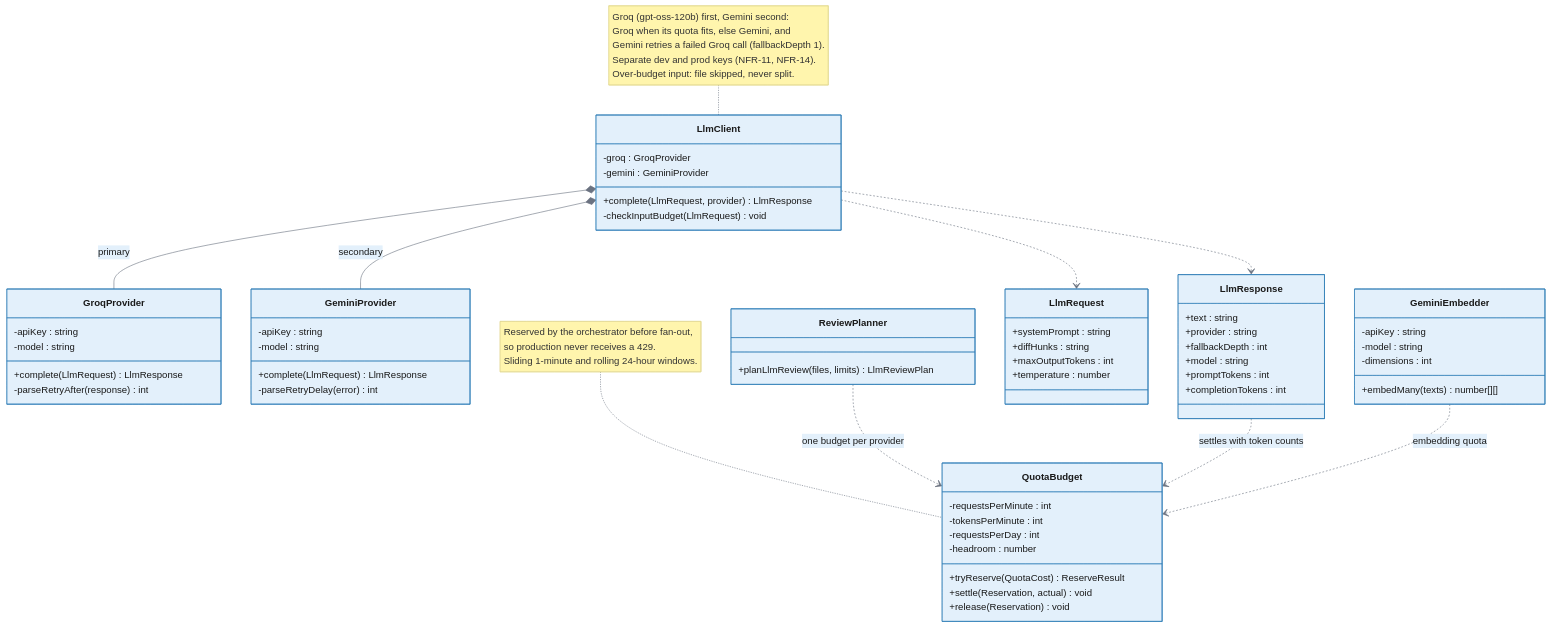
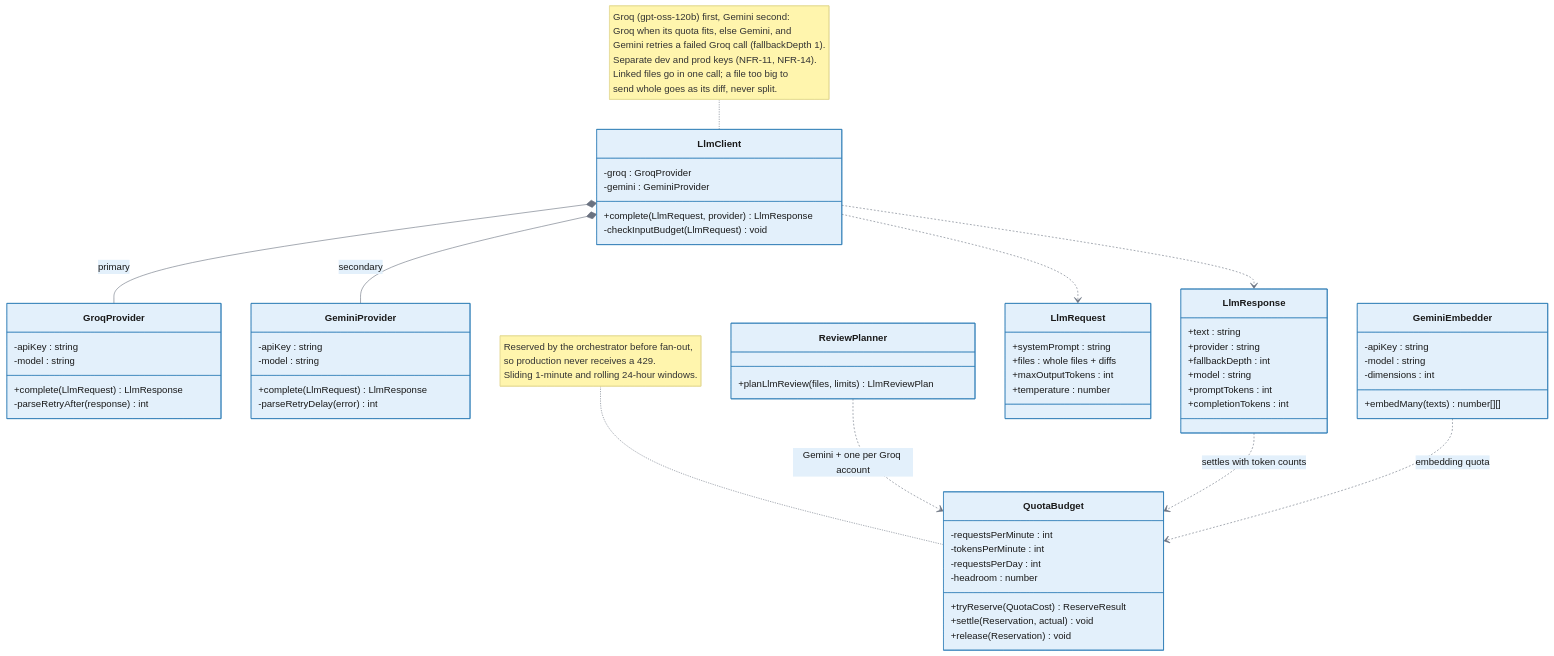
The diagram in docs/design/diagrams/mermaid/class_llm.mmd (sumit-0804/CodeSentinel), drawn with Mermaid before and after one commit. The commit also changed 14 other files, not shown here.

```diff
--- a/docs/design/diagrams/mermaid/class_llm.mmd
+++ b/docs/design/diagrams/mermaid/class_llm.mmd
@@ -1,72 +1,72 @@
 %%{init: {"theme":"base","themeVariables":{"primaryColor":"#e3f0fb","primaryBorderColor":"#2f7fb8","lineColor":"#6b7280","primaryTextColor":"#1a1a1a"}} }%%
 classDiagram
     direction TB
 
     class LlmClient {
         -groq : GroqProvider
         -gemini : GeminiProvider
         +complete(LlmRequest, provider) LlmResponse
         -checkInputBudget(LlmRequest) void
     }
 
     class GroqProvider {
         -apiKey : string
         -model : string
         +complete(LlmRequest) LlmResponse
         -parseRetryAfter(response) int
     }
 
     class GeminiProvider {
         -apiKey : string
         -model : string
         +complete(LlmRequest) LlmResponse
         -parseRetryDelay(error) int
     }
 
     class GeminiEmbedder {
         -apiKey : string
         -model : string
         -dimensions : int
         +embedMany(texts) number[][]
     }
 
     class QuotaBudget {
         -requestsPerMinute : int
         -tokensPerMinute : int
         -requestsPerDay : int
         -headroom : number
         +tryReserve(QuotaCost) ReserveResult
         +settle(Reservation, actual) void
         +release(Reservation) void
     }
 
     class ReviewPlanner {
         +planLlmReview(files, limits) LlmReviewPlan
     }
 
     class LlmRequest {
         +systemPrompt : string
-        +diffHunks : string
+        +files : whole files + diffs
         +maxOutputTokens : int
         +temperature : number
     }
 
     class LlmResponse {
         +text : string
         +provider : string
         +fallbackDepth : int
         +model : string
         +promptTokens : int
         +completionTokens : int
     }
 
     LlmClient *-- GroqProvider : primary
     LlmClient *-- GeminiProvider : secondary
     LlmClient ..> LlmRequest
     LlmClient ..> LlmResponse
-    ReviewPlanner ..> QuotaBudget : one budget per provider
+    ReviewPlanner ..> QuotaBudget : Gemini + one per Groq account
     LlmResponse ..> QuotaBudget : settles with token counts
     GeminiEmbedder ..> QuotaBudget : embedding quota
 
-    note for LlmClient "Groq (gpt-oss-120b) first, Gemini second:<br/>Groq when its quota fits, else Gemini, and<br/>Gemini retries a failed Groq call (fallbackDepth 1).<br/>Separate dev and prod keys (NFR-11, NFR-14).<br/>Over-budget input: file skipped, never split."
+    note for LlmClient "Groq (gpt-oss-120b) first, Gemini second:<br/>Groq when its quota fits, else Gemini, and<br/>Gemini retries a failed Groq call (fallbackDepth 1).<br/>Separate dev and prod keys (NFR-11, NFR-14).<br/>Linked files go in one call; a file too big to<br/>send whole goes as its diff, never split."
     note for QuotaBudget "Reserved by the orchestrator before fan-out,<br/>so production never receives a 429.<br/>Sliding 1-minute and rolling 24-hour windows."
```
